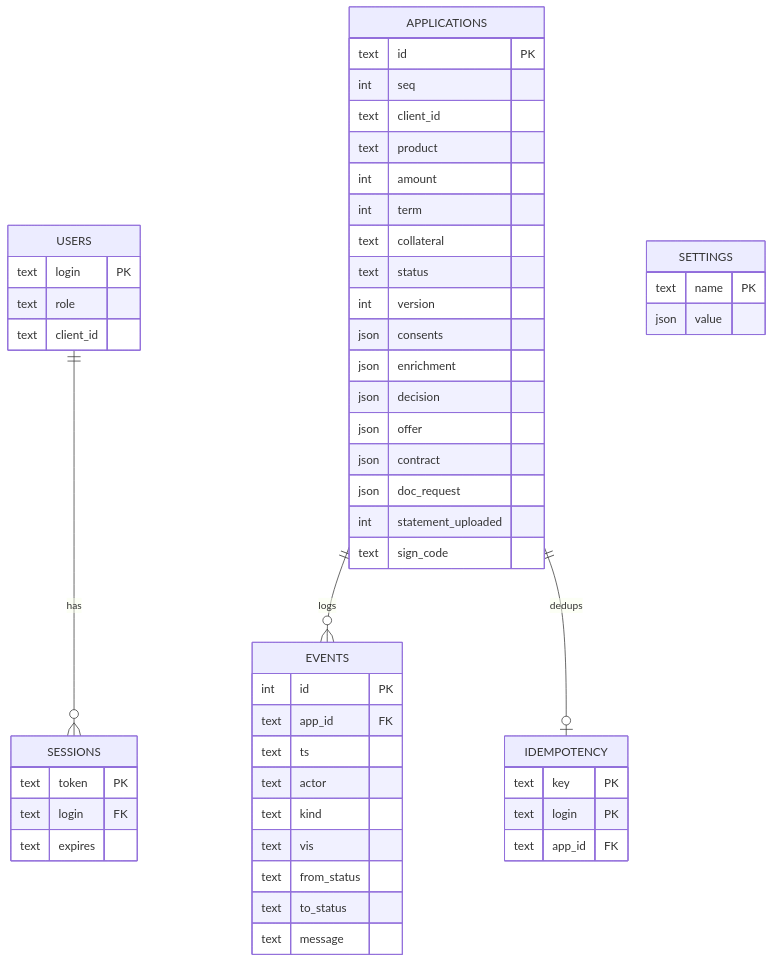
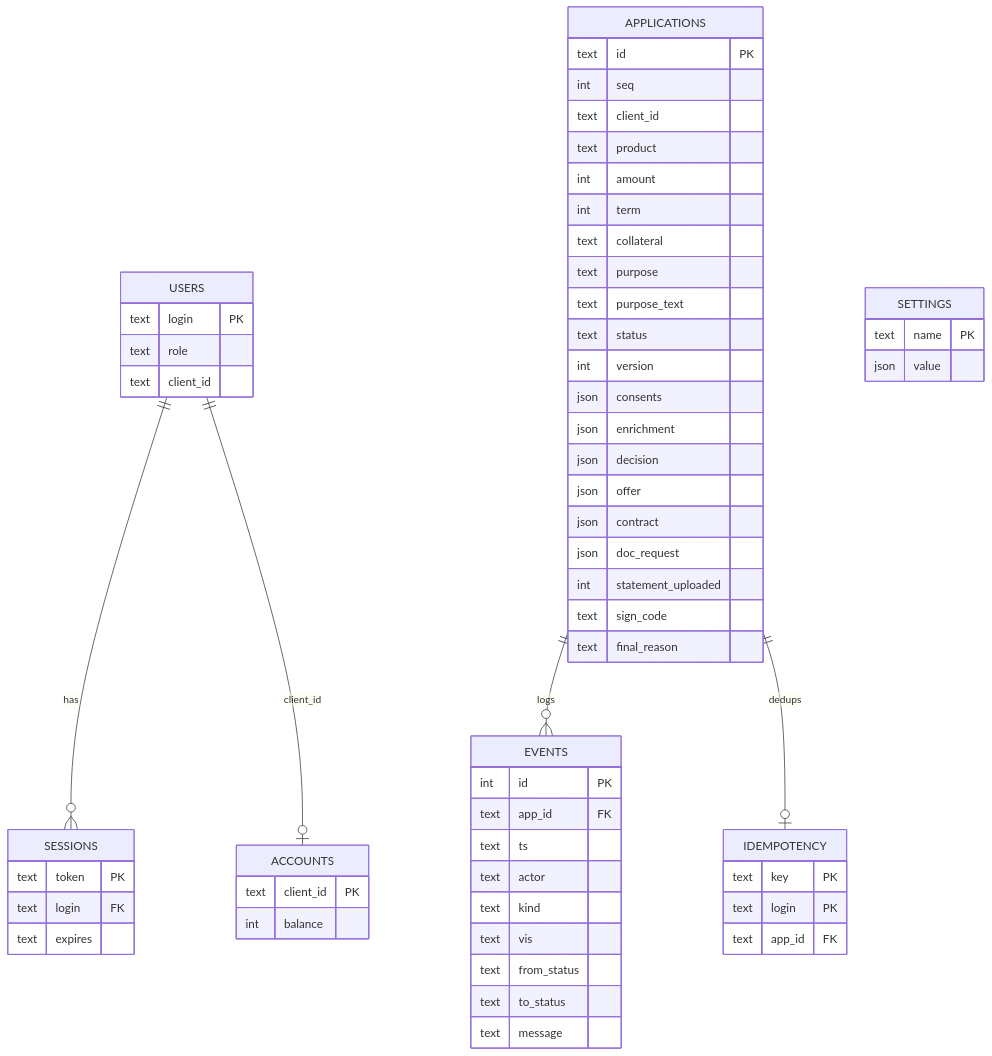
One commit to locih/alfa_hack_2026_draft changed the third of 3 diagrams in docs/architecture.md. Above: the diagram before and after it, drawn with Mermaid. The commit also changed other lines of this file and 9 other files, not shown here.

````diff
--- a/docs/architecture.md
+++ b/docs/architecture.md
@@ -65,16 +65,18 @@
 ```mermaid
 erDiagram
     USERS ||--o{ SESSIONS : has
     APPLICATIONS ||--o{ EVENTS : logs
     APPLICATIONS ||--o| IDEMPOTENCY : dedups
+    USERS ||--o| ACCOUNTS : "client_id"
     USERS { text login PK  text role  text client_id }
     SESSIONS { text token PK  text login FK  text expires }
     APPLICATIONS {
-      text id PK  int seq  text client_id  text product  int amount  int term  text collateral
+      text id PK  int seq  text client_id  text product  int amount  int term  text collateral  text purpose  text purpose_text
       text status  int version  json consents  json enrichment  json decision  json offer  json contract  json doc_request
-      int statement_uploaded  text sign_code
+      int statement_uploaded  text sign_code  text final_reason
     }
     EVENTS { int id PK  text app_id FK  text ts  text actor  text kind  text vis  text from_status  text to_status  text message }
     IDEMPOTENCY { text key PK  text login PK  text app_id FK }
+    ACCOUNTS { text client_id PK  int balance }
     SETTINGS { text name PK  json value }
 ```
````
